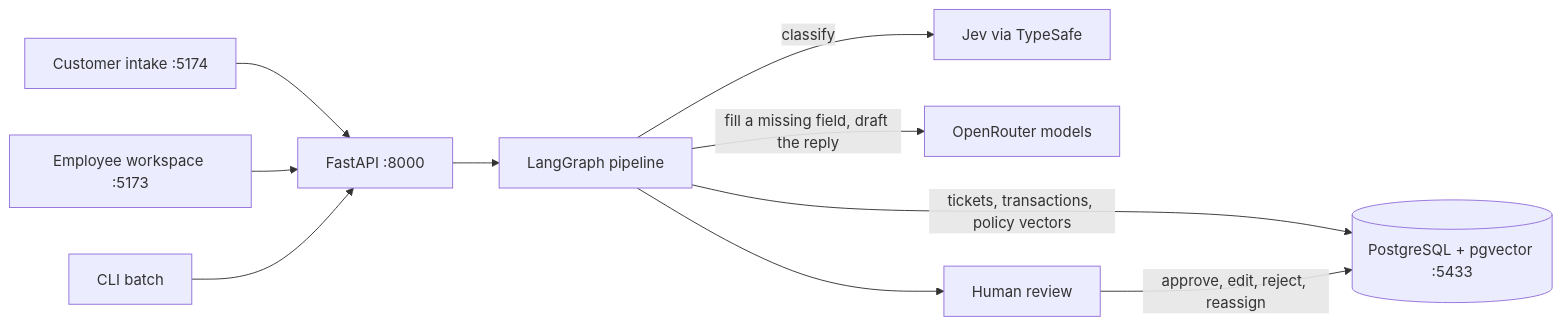
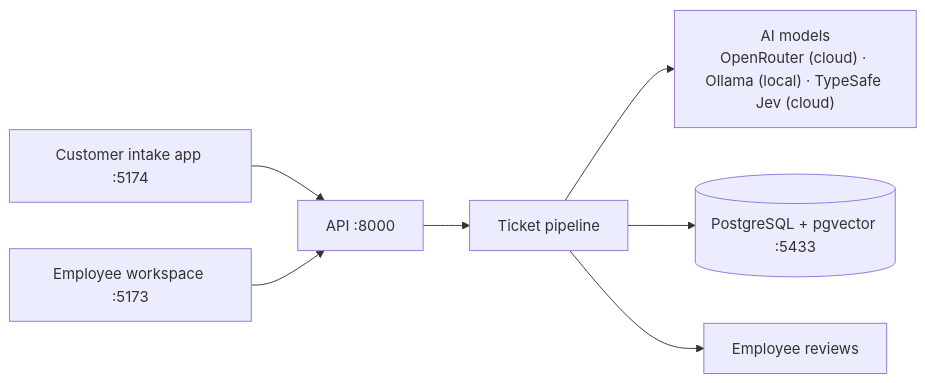
Before and after one commit to SaifAlmaliki/zaincash-customer-support-agent: the diagram in README.md, drawn with Mermaid. The commit also changed other lines of this file, not shown here.

````diff
--- a/README.md
+++ b/README.md
@@ -15,22 +11,9 @@
 ```mermaid
 flowchart LR
-  intake["Customer intake :5174"]
-  workspace["Employee workspace :5173"]
-  cli["CLI batch"]
-  api["FastAPI :8000"]
-  pipeline["LangGraph pipeline"]
-  jev["Jev via TypeSafe"]
-  models["OpenRouter models"]
-  db[("PostgreSQL + pgvector :5433")]
-  review["Human review"]
-
-  intake --> api
-  workspace --> api
-  cli --> api
-  api --> pipeline
-  pipeline -->|classify| jev
-  pipeline -->|fill a missing field, draft the reply| models
-  pipeline -->|tickets, transactions, policy vectors| db
-  pipeline --> review
-  review -->|approve, edit, reject, reassign| db
+  intake["Customer intake app :5174"] --> api["API :8000"]
+  workspace["Employee workspace :5173"] --> api
+  api --> pipeline["Ticket pipeline"]
+  pipeline --> models["AI models<br/>OpenRouter (cloud) · Ollama (local) · TypeSafe Jev (cloud)"]
+  pipeline --> db[("PostgreSQL + pgvector :5433")]
+  pipeline --> review["Employee reviews"]
 ```
````
